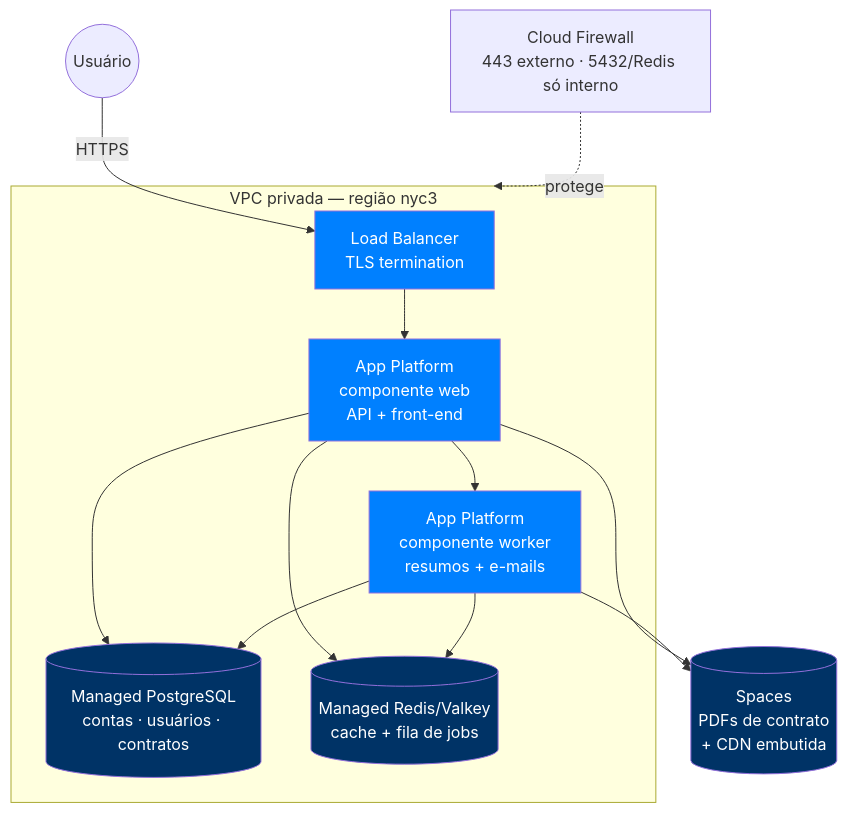
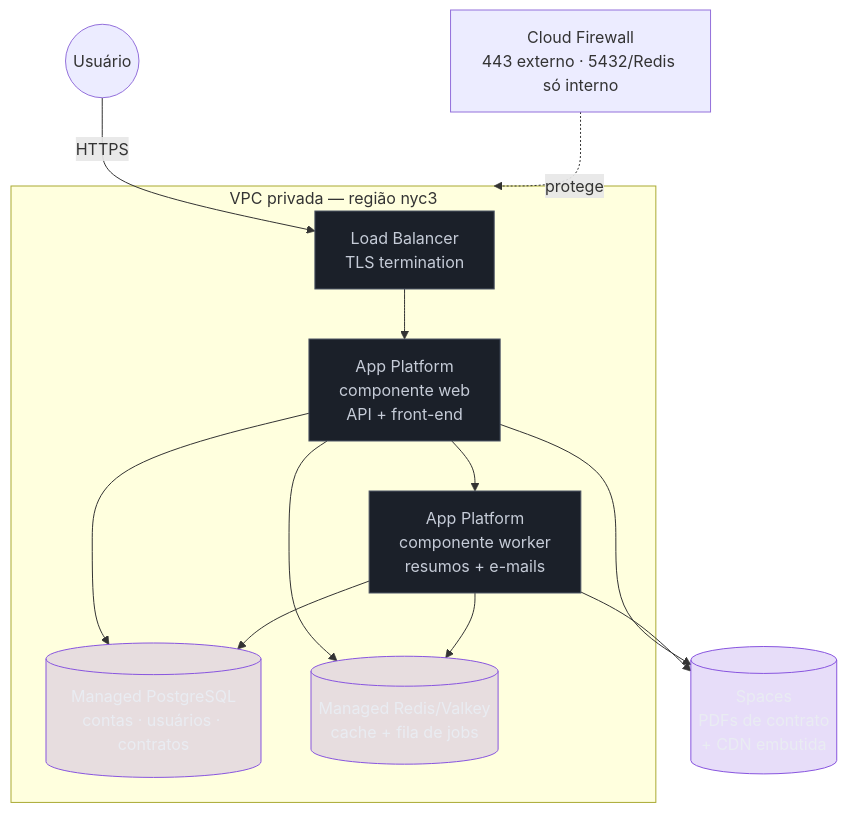
The second of 4 diagrams in 03-Dominios/Tecnologia/Cloud/22 - DigitalOcean a fundo/06 - Capstone — pensar como arquiteto DO.md (josenaldo/codex-technomanticus), drawn with Mermaid before and after one commit. The commit also changed other lines of this file and 1181 other files, not shown here.

First line of the commit message:
fix(diagramas): paleta do sistema no lugar de cor cravada no markdown

````diff
--- a/03-Dominios/Tecnologia/Cloud/22 - DigitalOcean a fundo/06 - Capstone — pensar como arquiteto DO.md
+++ b/03-Dominios/Tecnologia/Cloud/22 - DigitalOcean a fundo/06 - Capstone — pensar como arquiteto DO.md
@@ -53,25 +53,27 @@
 ```mermaid
 flowchart TB
+    classDef neutro fill:#1B2029,stroke:#4E5666,color:#C6CCD8
+    classDef marca fill:#8855DF33,stroke:#8855DF,color:#E9ECF2
     User((Usuário)) -->|HTTPS| LB["Load Balancer<br/>TLS termination"]
 
     subgraph VPC["VPC privada — região nyc3"]
         LB --> Web["App Platform<br/>componente web<br/>API + front-end"]
         Web --> Worker["App Platform<br/>componente worker<br/>resumos + e-mails"]
         Web --> PG[("Managed PostgreSQL<br/>contas · usuários · contratos")]
         Worker --> PG
         Web --> Redis[("Managed Redis/Valkey<br/>cache + fila de jobs")]
         Worker --> Redis
     end
 
     Web --> Spaces[("Spaces<br/>PDFs de contrato<br/>+ CDN embutida")]
     Worker --> Spaces
 
     FW["Cloud Firewall<br/>443 externo · 5432/Redis só interno"] -.protege.-> VPC
 
-    style LB fill:#0080ff,color:#fff
-    style Web fill:#0080ff,color:#fff
-    style Worker fill:#0080ff,color:#fff
-    style PG fill:#003366,color:#fff
-    style Redis fill:#003366,color:#fff
-    style Spaces fill:#003366,color:#fff
+    class LB neutro
+    class Web neutro
+    class Worker neutro
+    class PG marca
+    class Redis marca
+    class Spaces marca
 ```
````
